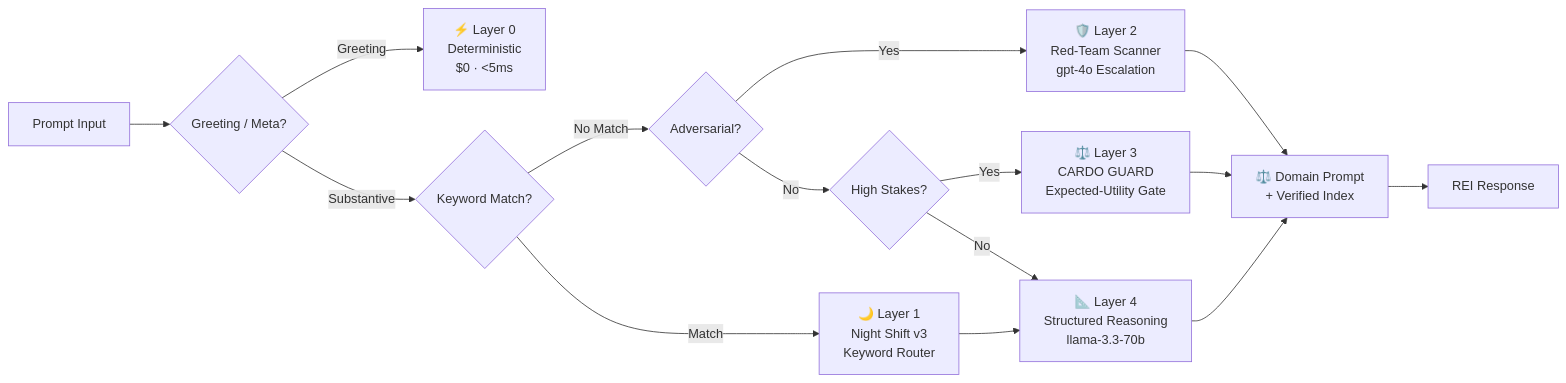
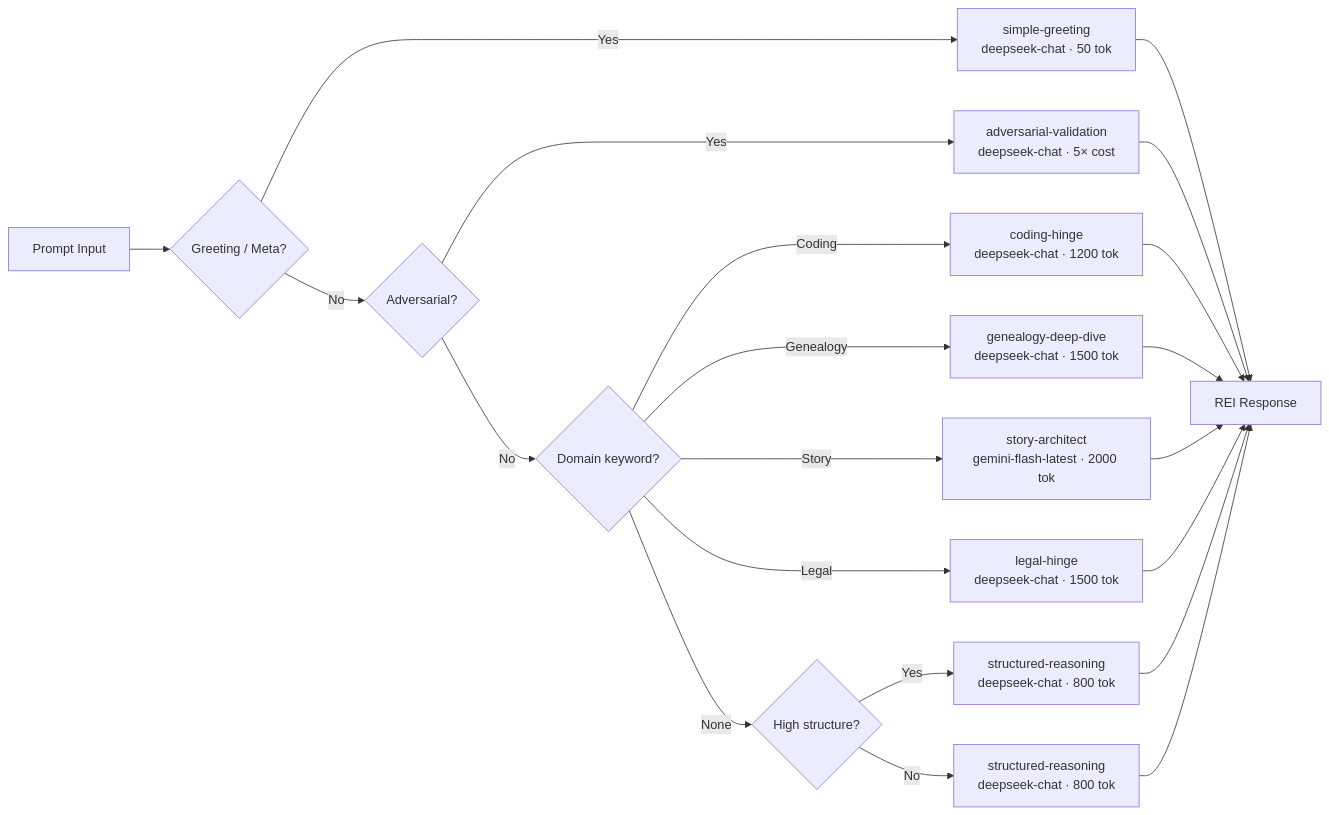
One commit to aaronmarchant96-max/rei-ai changed the diagram in README.md. Above: the diagram before and after it, drawn with Mermaid. The commit also changed other lines of this file and 4 other files, not shown here.

````diff
--- a/README.md
+++ b/README.md
@@ -42,17 +42,23 @@
 ```mermaid
 flowchart LR
     A[Prompt Input] --> B{Greeting / Meta?}
-    B -->|Greeting| C[⚡ Layer 0<br/>Deterministic<br/>$0 · &lt;5ms]
-    B -->|Substantive| D{Keyword Match?}
-    D -->|Match| E[🌙 Layer 1<br/>Night Shift v3<br/>Keyword Router]
-    D -->|No Match| F{Adversarial?}
-    F -->|Yes| G[🛡️ Layer 2<br/>Red-Team Scanner<br/>gpt-4o Escalation]
-    F -->|No| H{High Stakes?}
-    H -->|Yes| I[⚖️ Layer 3<br/>CARDO GUARD<br/>Expected-Utility Gate]
-    H -->|No| J[📐 Layer 4<br/>Structured Reasoning<br/>llama-3.3-70b]
-    E --> J
-    G --> K[⚖️ Domain Prompt<br/>+ Verified Index]
-    I --> K
-    J --> K
-    K --> L[REI Response]
+    B -->|Yes| C[simple-greeting<br/>deepseek-chat · 50 tok]
+    B -->|No| D{Adversarial?}
+    D -->|Yes| E[adversarial-validation<br/>deepseek-chat · 5× cost]
+    D -->|No| F{Domain keyword?}
+    F -->|Coding| G[coding-hinge<br/>deepseek-chat · 1200 tok]
+    F -->|Genealogy| H[genealogy-deep-dive<br/>deepseek-chat · 1500 tok]
+    F -->|Story| I[story-architect<br/>gemini-flash-latest · 2000 tok]
+    F -->|Legal| J[legal-hinge<br/>deepseek-chat · 1500 tok]
+    F -->|None| K{High structure?}
+    K -->|Yes| L[structured-reasoning<br/>deepseek-chat · 800 tok]
+    K -->|No| M[structured-reasoning<br/>deepseek-chat · 800 tok]
+    C --> N[REI Response]
+    E --> N
+    G --> N
+    H --> N
+    I --> N
+    J --> N
+    L --> N
+    M --> N
 ```
````
